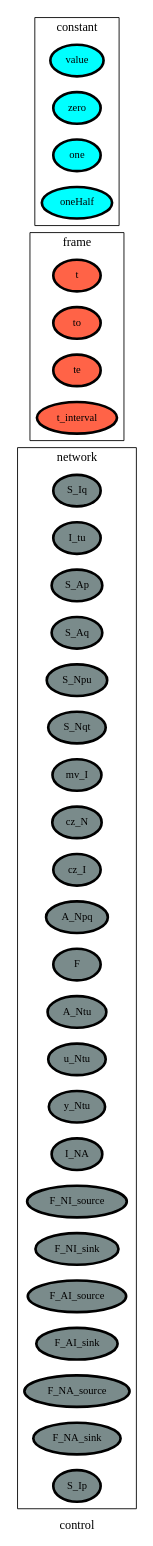
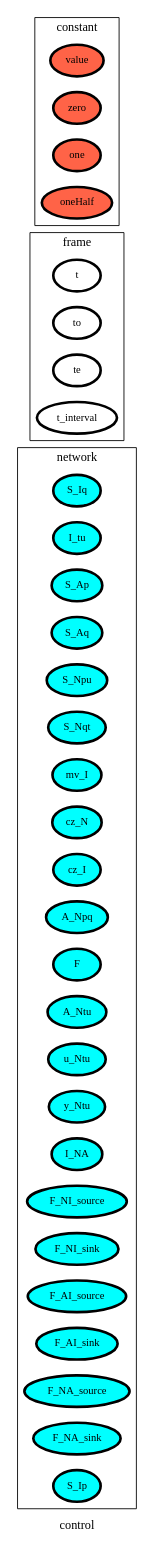
One commit to heinz-preisig/processes_001 changed the diagram in ontology_graphs/graph__control.dot. Above: the diagram before and after it, drawn with Graphviz. The commit also changed 36 other files, not shown here.

```diff
--- a/ontology_graphs/graph__control.dot
+++ b/ontology_graphs/graph__control.dot
@@ -1,79 +1,79 @@
 digraph control {
 label=control;
 rankdir=LR;
 subgraph cluster_control___dataFlow {
 label=dataFlow;
 rankdir=LR;
 }
 
 subgraph cluster_control___input {
 label=input;
 rankdir=LR;
 }
 
 subgraph cluster_control___output {
 label=output;
 rankdir=LR;
 }
 
 subgraph cluster_control___network {
 label=network;
 rankdir=LR;
-V_10 [fillcolor=lightcyan4, fontsize=12, label=S_Iq, penwidth=3, style=filled];
-V_11 [fillcolor=lightcyan4, fontsize=12, label=I_tu, penwidth=3, style=filled];
-V_12 [fillcolor=lightcyan4, fontsize=12, label=S_Ap, penwidth=3, style=filled];
-V_13 [fillcolor=lightcyan4, fontsize=12, label=S_Aq, penwidth=3, style=filled];
-V_14 [fillcolor=lightcyan4, fontsize=12, label=S_Npu, penwidth=3, style=filled];
-V_15 [fillcolor=lightcyan4, fontsize=12, label=S_Nqt, penwidth=3, style=filled];
-V_16 [fillcolor=lightcyan4, fontsize=12, label=mv_I, penwidth=3, style=filled];
-V_17 [fillcolor=lightcyan4, fontsize=12, label=cz_N, penwidth=3, style=filled];
-V_18 [fillcolor=lightcyan4, fontsize=12, label=cz_I, penwidth=3, style=filled];
-V_19 [fillcolor=lightcyan4, fontsize=12, label=A_Npq, penwidth=3, style=filled];
-V_2 [fillcolor=lightcyan4, fontsize=12, label=F, penwidth=3, style=filled];
-V_20 [fillcolor=lightcyan4, fontsize=12, label=A_Ntu, penwidth=3, style=filled];
-V_21 [fillcolor=lightcyan4, fontsize=12, label=u_Ntu, penwidth=3, style=filled];
-V_22 [fillcolor=lightcyan4, fontsize=12, label=y_Ntu, penwidth=3, style=filled];
-V_27 [fillcolor=lightcyan4, fontsize=12, label=I_NA, penwidth=3, style=filled];
-V_3 [fillcolor=lightcyan4, fontsize=12, label=F_NI_source, penwidth=3, style=filled];
-V_4 [fillcolor=lightcyan4, fontsize=12, label=F_NI_sink, penwidth=3, style=filled];
-V_5 [fillcolor=lightcyan4, fontsize=12, label=F_AI_source, penwidth=3, style=filled];
-V_6 [fillcolor=lightcyan4, fontsize=12, label=F_AI_sink, penwidth=3, style=filled];
-V_7 [fillcolor=lightcyan4, fontsize=12, label=F_NA_source, penwidth=3, style=filled];
-V_8 [fillcolor=lightcyan4, fontsize=12, label=F_NA_sink, penwidth=3, style=filled];
-V_9 [fillcolor=lightcyan4, fontsize=12, label=S_Ip, penwidth=3, style=filled];
+V_10 [fillcolor=cyan, fontsize=12, label=S_Iq, penwidth=3, style=filled];
+V_11 [fillcolor=cyan, fontsize=12, label=I_tu, penwidth=3, style=filled];
+V_12 [fillcolor=cyan, fontsize=12, label=S_Ap, penwidth=3, style=filled];
+V_13 [fillcolor=cyan, fontsize=12, label=S_Aq, penwidth=3, style=filled];
+V_14 [fillcolor=cyan, fontsize=12, label=S_Npu, penwidth=3, style=filled];
+V_15 [fillcolor=cyan, fontsize=12, label=S_Nqt, penwidth=3, style=filled];
+V_16 [fillcolor=cyan, fontsize=12, label=mv_I, penwidth=3, style=filled];
+V_17 [fillcolor=cyan, fontsize=12, label=cz_N, penwidth=3, style=filled];
+V_18 [fillcolor=cyan, fontsize=12, label=cz_I, penwidth=3, style=filled];
+V_19 [fillcolor=cyan, fontsize=12, label=A_Npq, penwidth=3, style=filled];
+V_2 [fillcolor=cyan, fontsize=12, label=F, penwidth=3, style=filled];
+V_20 [fillcolor=cyan, fontsize=12, label=A_Ntu, penwidth=3, style=filled];
+V_21 [fillcolor=cyan, fontsize=12, label=u_Ntu, penwidth=3, style=filled];
+V_22 [fillcolor=cyan, fontsize=12, label=y_Ntu, penwidth=3, style=filled];
+V_27 [fillcolor=cyan, fontsize=12, label=I_NA, penwidth=3, style=filled];
+V_3 [fillcolor=cyan, fontsize=12, label=F_NI_source, penwidth=3, style=filled];
+V_4 [fillcolor=cyan, fontsize=12, label=F_NI_sink, penwidth=3, style=filled];
+V_5 [fillcolor=cyan, fontsize=12, label=F_AI_source, penwidth=3, style=filled];
+V_6 [fillcolor=cyan, fontsize=12, label=F_AI_sink, penwidth=3, style=filled];
+V_7 [fillcolor=cyan, fontsize=12, label=F_NA_source, penwidth=3, style=filled];
+V_8 [fillcolor=cyan, fontsize=12, label=F_NA_sink, penwidth=3, style=filled];
+V_9 [fillcolor=cyan, fontsize=12, label=S_Ip, penwidth=3, style=filled];
 }
 
 subgraph cluster_control___frame {
 label=frame;
 rankdir=LR;
-V_1 [fillcolor=tomato, fontsize=12, label=t, penwidth=3, style=filled];
-V_105 [fillcolor=tomato, fontsize=12, label=to, penwidth=3, style=filled];
-V_106 [fillcolor=tomato, fontsize=12, label=te, penwidth=3, style=filled];
-V_107 [fillcolor=tomato, fontsize=12, label=t_interval, penwidth=3, style=filled];
+V_1 [fillcolor=white, fontsize=12, label=t, penwidth=3, style=filled];
+V_105 [fillcolor=white, fontsize=12, label=to, penwidth=3, style=filled];
+V_106 [fillcolor=white, fontsize=12, label=te, penwidth=3, style=filled];
+V_107 [fillcolor=white, fontsize=12, label=t_interval, penwidth=3, style=filled];
 }
 
 subgraph cluster_control___state {
 label=state;
 rankdir=LR;
 }
 
 subgraph cluster_control___constant {
 label=constant;
 rankdir=LR;
-V_101 [fillcolor=cyan, fontsize=12, label=value, penwidth=3, style=filled];
-V_102 [fillcolor=cyan, fontsize=12, label=zero, penwidth=3, style=filled];
-V_103 [fillcolor=cyan, fontsize=12, label=one, penwidth=3, style=filled];
-V_104 [fillcolor=cyan, fontsize=12, label=oneHalf, penwidth=3, style=filled];
+V_101 [fillcolor=tomato, fontsize=12, label=value, penwidth=3, style=filled];
+V_102 [fillcolor=tomato, fontsize=12, label=zero, penwidth=3, style=filled];
+V_103 [fillcolor=tomato, fontsize=12, label=one, penwidth=3, style=filled];
+V_104 [fillcolor=tomato, fontsize=12, label=oneHalf, penwidth=3, style=filled];
 }
 
 subgraph cluster_control___diffState {
 label=diffState;
 rankdir=LR;
 }
 
 subgraph cluster_control___algebraic {
 label=algebraic;
 rankdir=LR;
 }
 
 }
```
